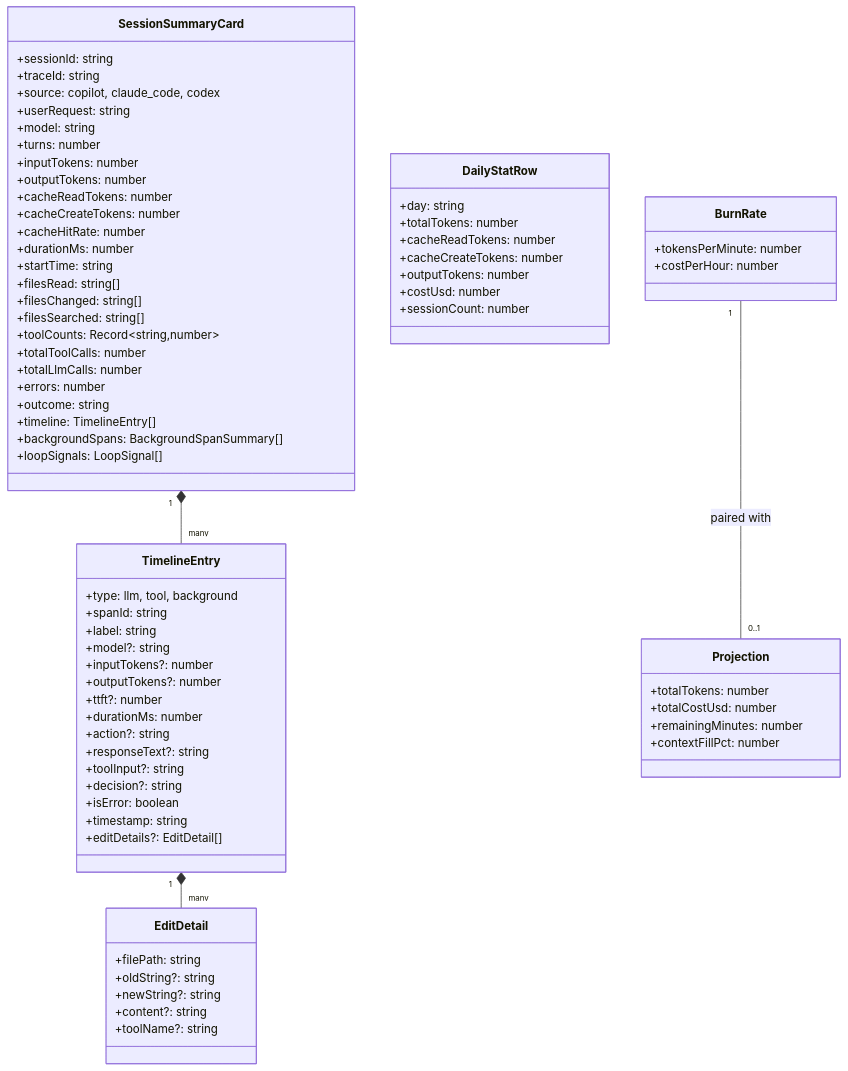
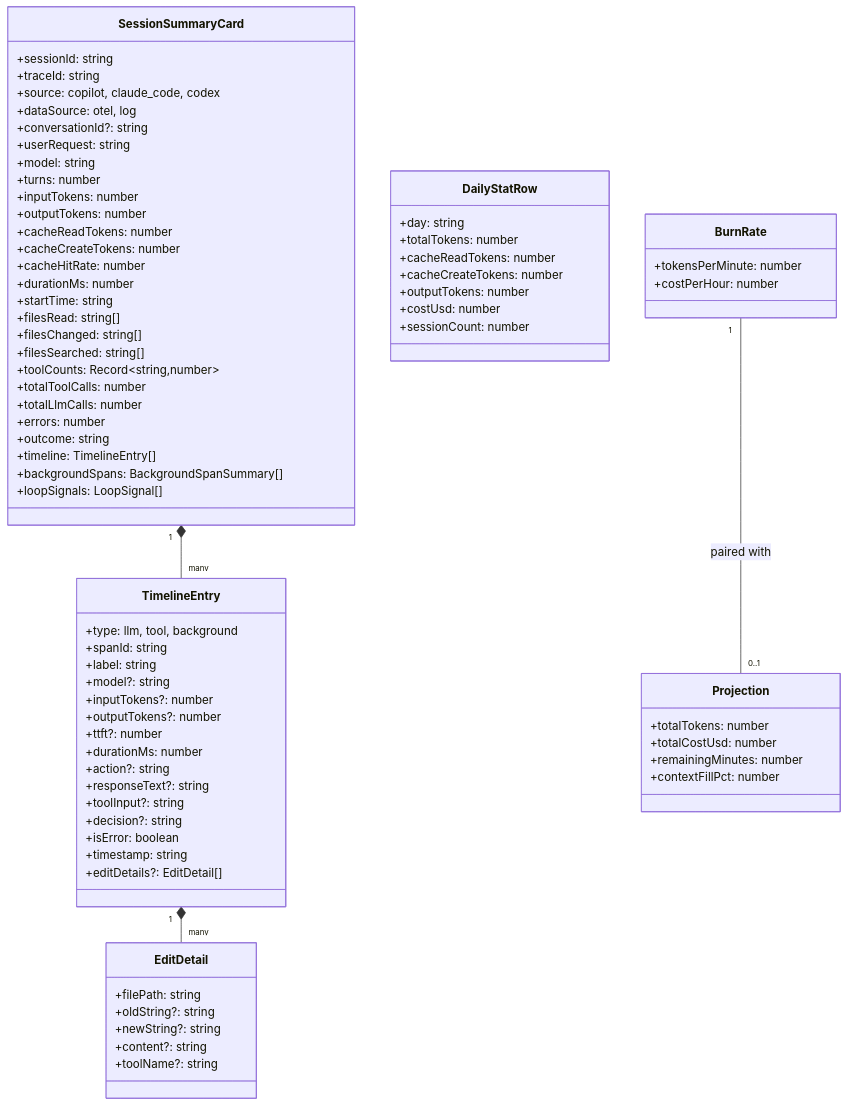
Diagram 12 of 19 in ARCHITECTURE.md (RogerReed/agentlens), drawn with Mermaid before and after one commit. The commit also changed other lines of this file, not shown here.

First line of the commit message:
docs: update ARCHITECTURE.md to reflect local log ingestion and recent additions

```diff
--- a/ARCHITECTURE.md
+++ b/ARCHITECTURE.md
@@ -437,6 +522,8 @@
         +sessionId: string
         +traceId: string
         +source: copilot, claude_code, codex
+        +dataSource: otel, log
+        +conversationId?: string
         +userRequest: string
         +model: string
         +turns: number
```
